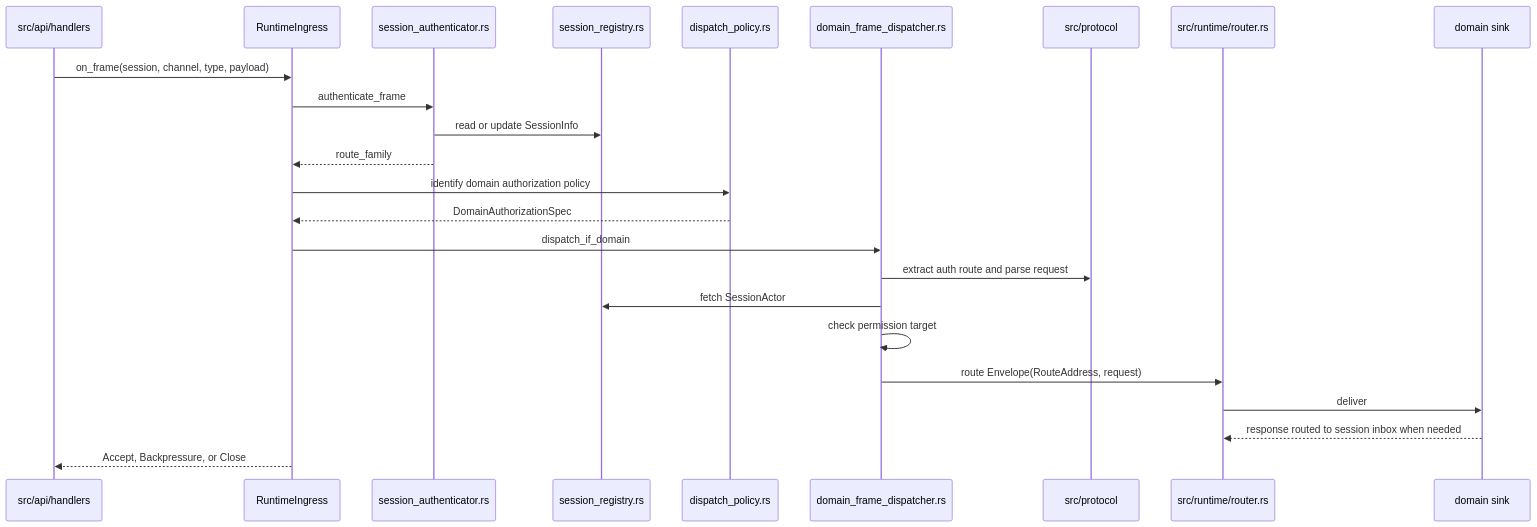
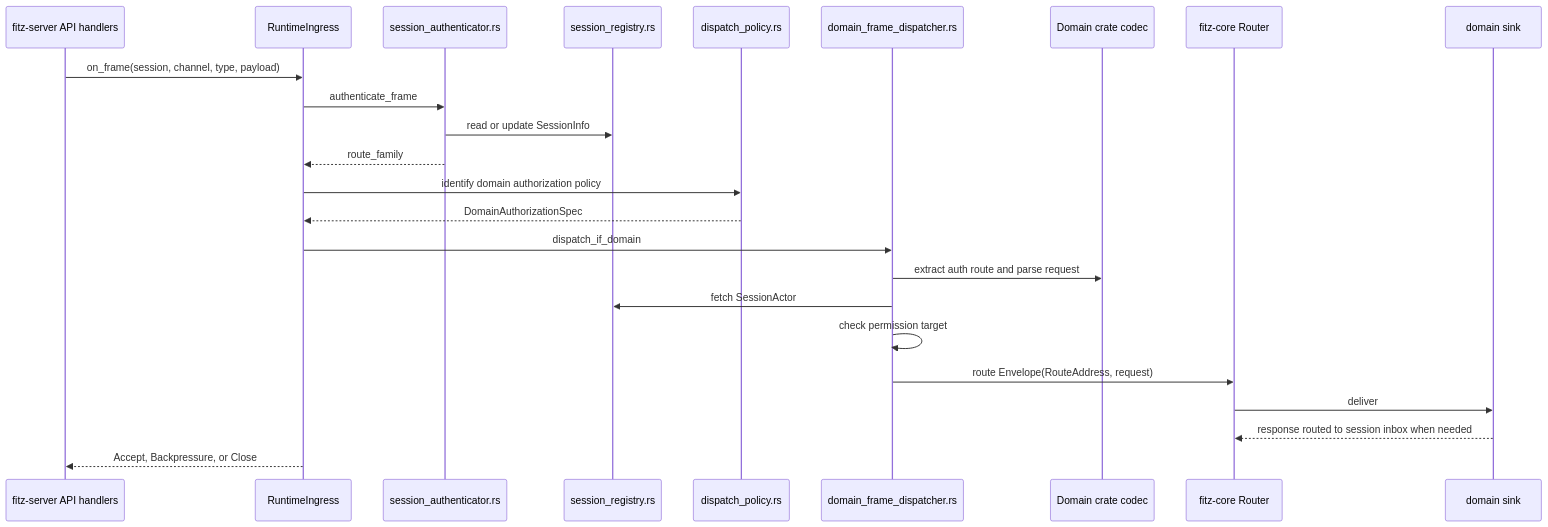
Before and after one commit to cntryl/fitz: the second of 4 diagrams in docs/development/code-architecture-runtime-flows.md, drawn with Mermaid. The commit also changed other lines of this file and 1793 other files, not shown here.

````diff
--- a/docs/development/code-architecture-runtime-flows.md
+++ b/docs/development/code-architecture-runtime-flows.md
@@ -44,27 +44,27 @@
 ```mermaid
 sequenceDiagram
-    participant Transport as src/api/handlers
+    participant Transport as fitz-server API handlers
     participant Ingress as RuntimeIngress
     participant Auth as session_authenticator.rs
     participant Registry as session_registry.rs
     participant Policy as dispatch_policy.rs
     participant Dispatcher as domain_frame_dispatcher.rs
-    participant Codec as src/protocol
-    participant Router as src/runtime/router.rs
+    participant Codec as Domain crate codec
+    participant Router as fitz-core Router
     participant Sink as domain sink
 
     Transport->>Ingress: on_frame(session, channel, type, payload)
     Ingress->>Auth: authenticate_frame
     Auth->>Registry: read or update SessionInfo
     Auth-->>Ingress: route_family
     Ingress->>Policy: identify domain authorization policy
     Policy-->>Ingress: DomainAuthorizationSpec
     Ingress->>Dispatcher: dispatch_if_domain
     Dispatcher->>Codec: extract auth route and parse request
     Dispatcher->>Registry: fetch SessionActor
     Dispatcher->>Dispatcher: check permission target
     Dispatcher->>Router: route Envelope(RouteAddress, request)
     Router->>Sink: deliver
     Sink-->>Router: response routed to session inbox when needed
     Ingress-->>Transport: Accept, Backpressure, or Close
 ```
````
